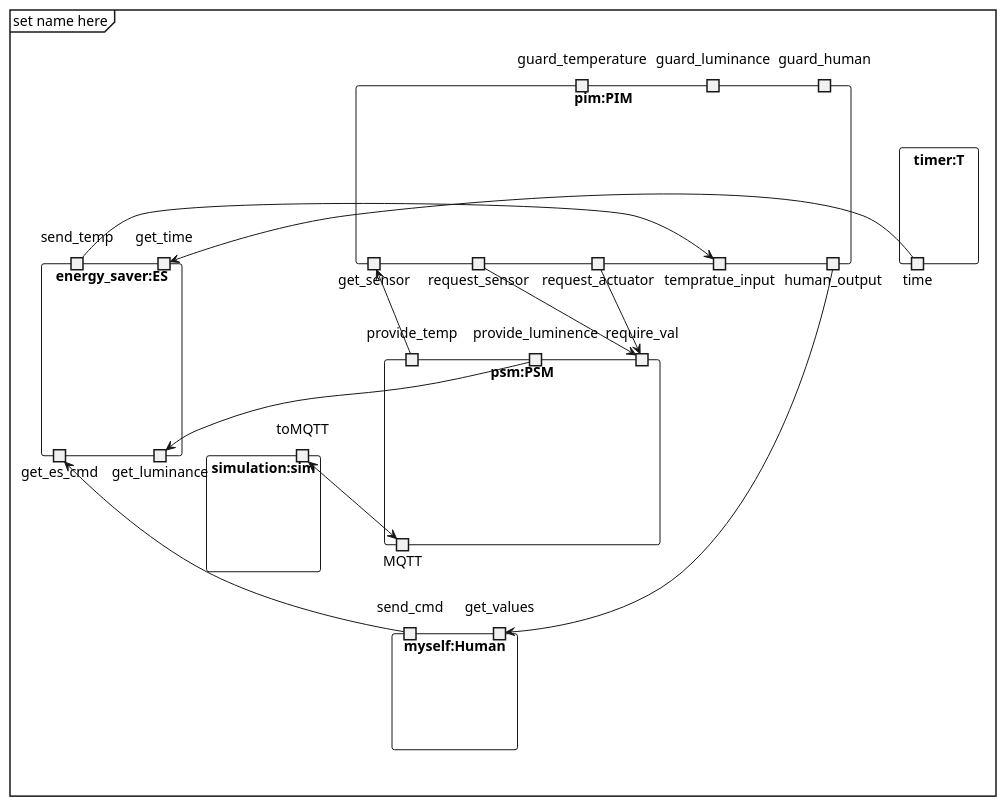
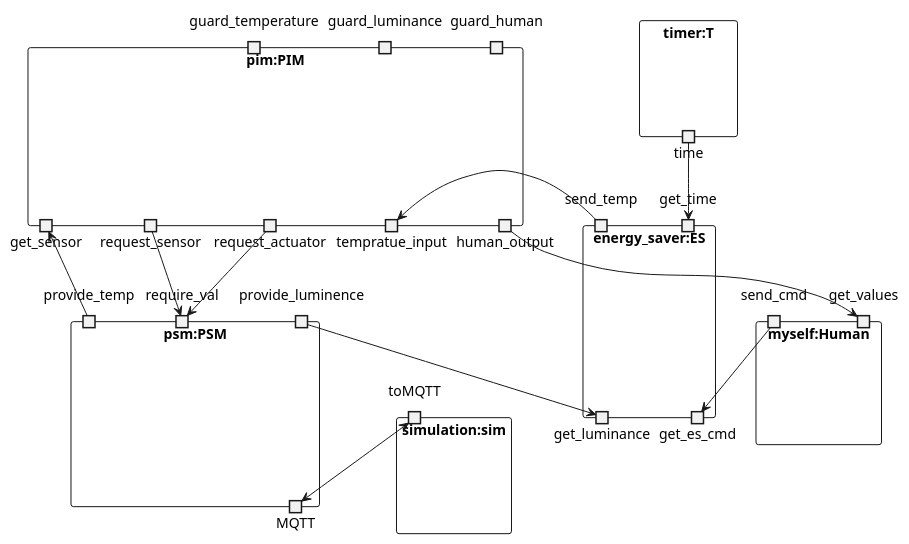
Before and after one commit to Tobhal/HIOF-Models-and-Digital-Twins: the diagram in Oblig1/architecture.plantuml, drawn with PlantUML. The commit also changed 4 other files, not shown here.

```diff
--- a/Oblig1/architecture.plantuml
+++ b/Oblig1/architecture.plantuml
@@ -1,66 +1,65 @@
 @startuml X3D2_MQTT_SIM
-mainframe set name here
 
 'HUMAN
 rectangle myself:Human {
     port send_cmd
     
     portin get_values
 }
 
 rectangle timer:T {
     portout time
 }
 
 'PIM
 rectangle pim:PIM {
     portout get_sensor
     portout request_sensor
     portout request_actuator
     portout tempratue_input
     portout human_output
 
     'guards
     port guard_temperature
     port guard_luminance
     port guard_human
 }
 
 'PSM
 rectangle psm:PSM {
     portin provide_temp
     portin provide_luminence
     portin require_val
     portin require_val
 
     portout MQTT
 }
 
 'SIM
 rectangle simulation:sim {
     port toMQTT
 }
 
 'energy saver
 rectangle energy_saver:ES {
     portin send_temp
     portin get_time
 
     portout get_es_cmd
     portout get_luminance
 }
  
 provide_temp --> get_sensor
 provide_luminence --> get_luminance
 
 send_cmd --> get_es_cmd
-send_temp -> tempratue_input
+send_temp ---> tempratue_input
  
 request_sensor --> require_val
 request_actuator --> require_val
 human_output -----> get_values
  
-time -> get_time
+time --> get_time
 
 toMQTT <--> MQTT
 @enduml
```
